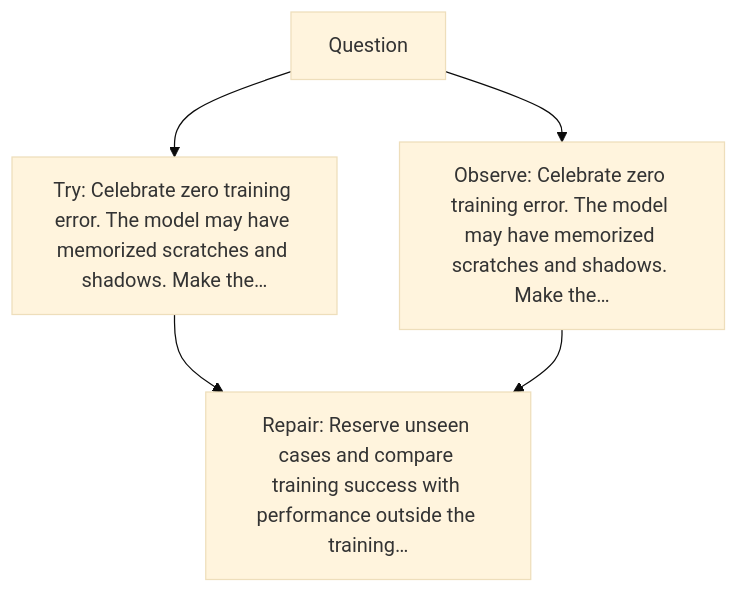
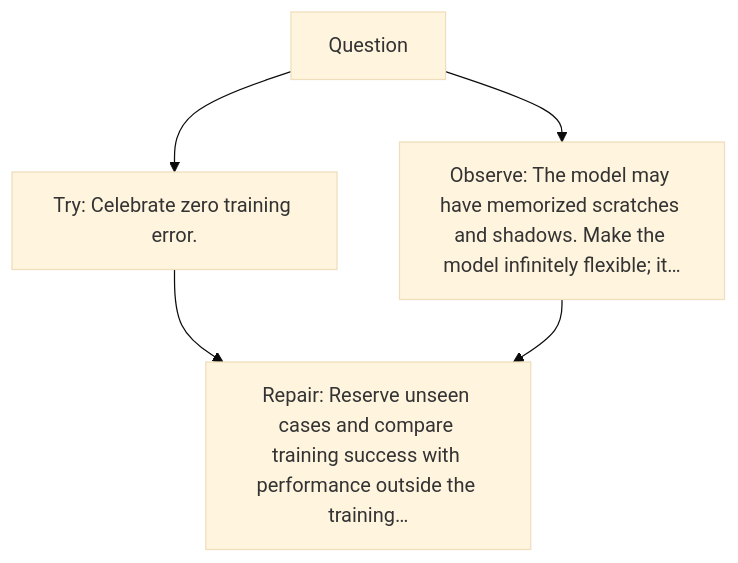
One commit to kleem-labs/AI-Archaeology changed the diagram in excavations/031-overfitting/diagram.md. Above: the diagram before and after it, drawn with Mermaid (base theme). The commit also changed other lines of this file and 165 other files, not shown here.

````diff
--- a/excavations/031-overfitting/diagram.md
+++ b/excavations/031-overfitting/diagram.md
@@ -5,7 +5,7 @@
 ```mermaid
 flowchart TD
-    A["Question"] --> B["Try: Celebrate zero training error. The model may have memorized scratches and shadows. Make the…"]
-    A --> C["Observe: Celebrate zero training error. The model may have memorized scratches and shadows. Make the…"]
+    A["Question"] --> B["Try: Celebrate zero training error."]
+    A --> C["Observe: The model may have memorized scratches and shadows. Make the model infinitely flexible; it…"]
     B --> D["Repair: Reserve unseen cases and compare training success with performance outside the training…"]
     C --> D
 ```
````
